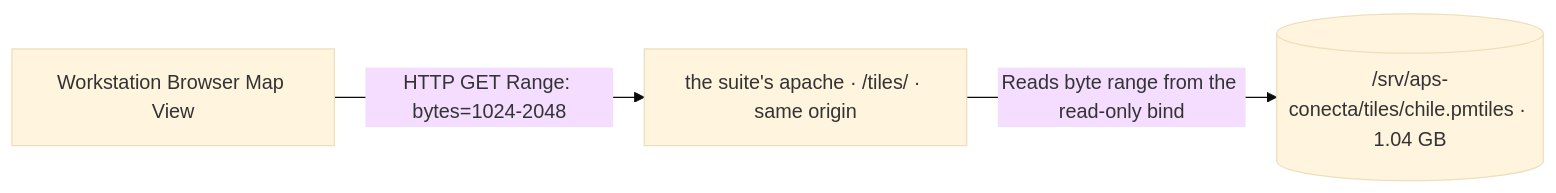
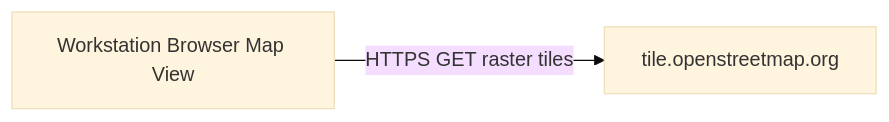
Before and after one commit to APS-Conecta/gestion: the third of 3 diagrams in docs/manuals/ADMIN_MANUAL.md, drawn with Mermaid (base theme). The commit also changed other lines of this file and 7 other files, not shown here.

First line of the commit message:
docs: the basemap is OpenStreetMap's tile service, not a self-hosted archive

````diff
--- a/docs/manuals/ADMIN_MANUAL.md
+++ b/docs/manuals/ADMIN_MANUAL.md
@@ -701,5 +694,4 @@
 ```mermaid
 graph LR
-  Browser[Workstation Browser Map View] -->|HTTP GET Range: bytes=1024-2048| AP[the suite's apache · /tiles/ · same origin]
-  AP -->|Reads byte range from the read-only bind| Archive[(/srv/aps-conecta/tiles/chile.pmtiles · 1.04 GB)]
+  Browser[Workstation Browser Map View] -->|HTTPS GET raster tiles| OSM[tile.openstreetmap.org]
 ```
````
